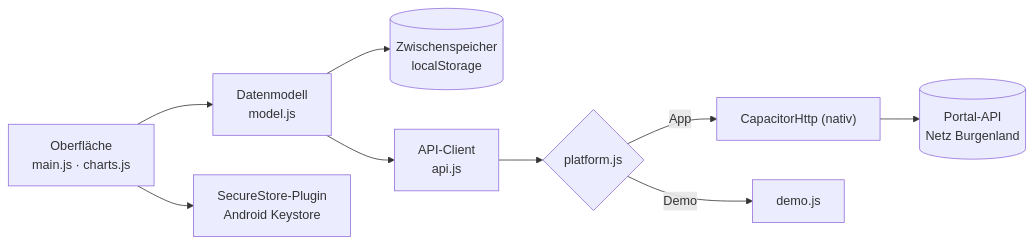
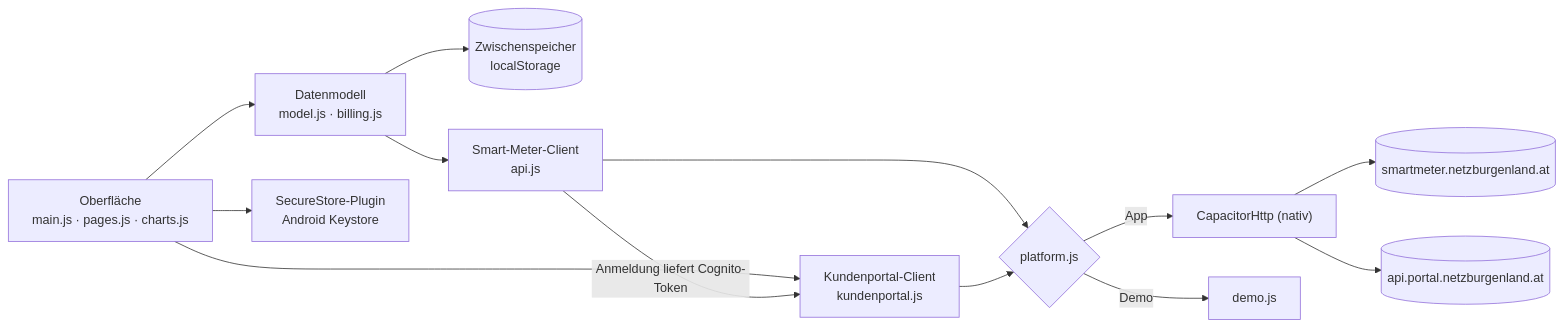
One commit to xionix3/netzblick changed the diagram in README.md. Above: the diagram before and after it, drawn with Mermaid. The commit also changed other lines of this file and 46 other files, not shown here.

First line of the commit message:
Version 1.1.0: Kundenportal, Menü, Mehrfachauswahl, Diagrammarten, Tablet

````diff
--- a/README.md
+++ b/README.md
@@ -170,10 +190,15 @@
 ```mermaid
 flowchart LR
-  UI["Oberfläche<br/>main.js · charts.js"] --> M["Datenmodell<br/>model.js"]
+  UI["Oberfläche<br/>main.js · pages.js · charts.js"] --> M["Datenmodell<br/>model.js · billing.js"]
   M --> C[("Zwischenspeicher<br/>localStorage")]
-  M --> A["API-Client<br/>api.js"]
+  M --> A["Smart-Meter-Client<br/>api.js"]
+  UI --> K["Kundenportal-Client<br/>kundenportal.js"]
+  A -- "Anmeldung liefert Cognito-Token" --> K
   A --> H{"platform.js"}
-  H -- "App" --> N["CapacitorHttp (nativ)"] --> P[("Portal-API<br/>Netz Burgenland")]
+  K --> H
+  H -- "App" --> N["CapacitorHttp (nativ)"]
+  N --> P[("smartmeter.netzburgenland.at")]
+  N --> Q[("api.portal.netzburgenland.at")]
   H -- "Demo" --> D["demo.js"]
   UI --> S["SecureStore-Plugin<br/>Android Keystore"]
 ```
````
